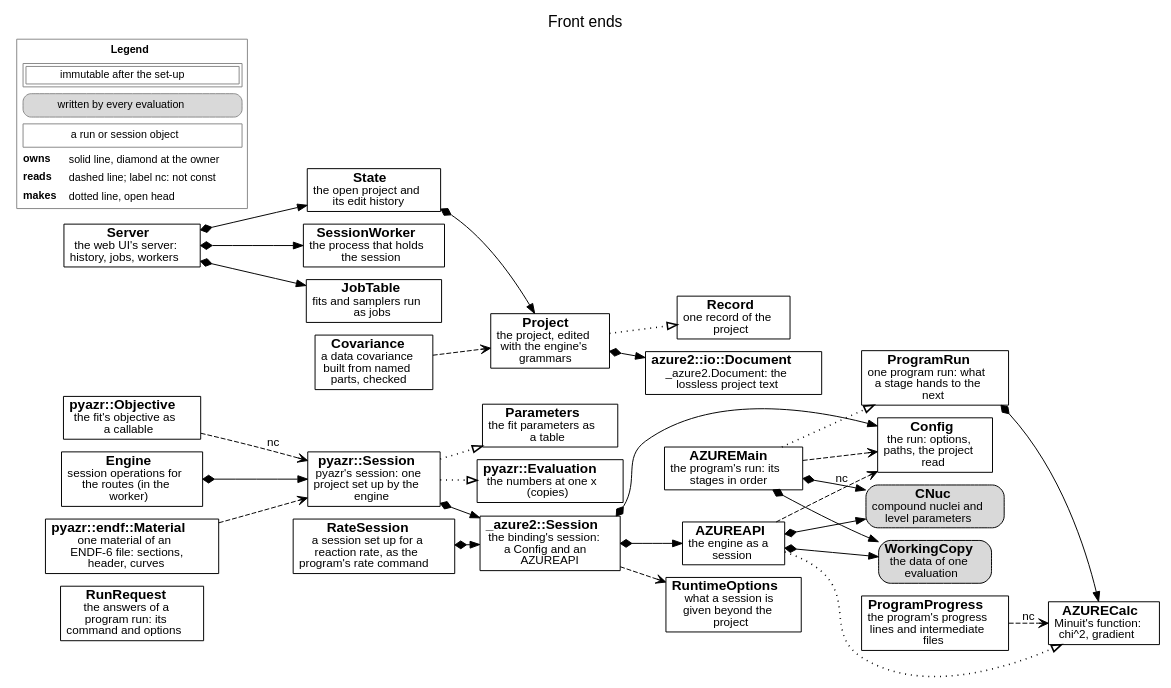
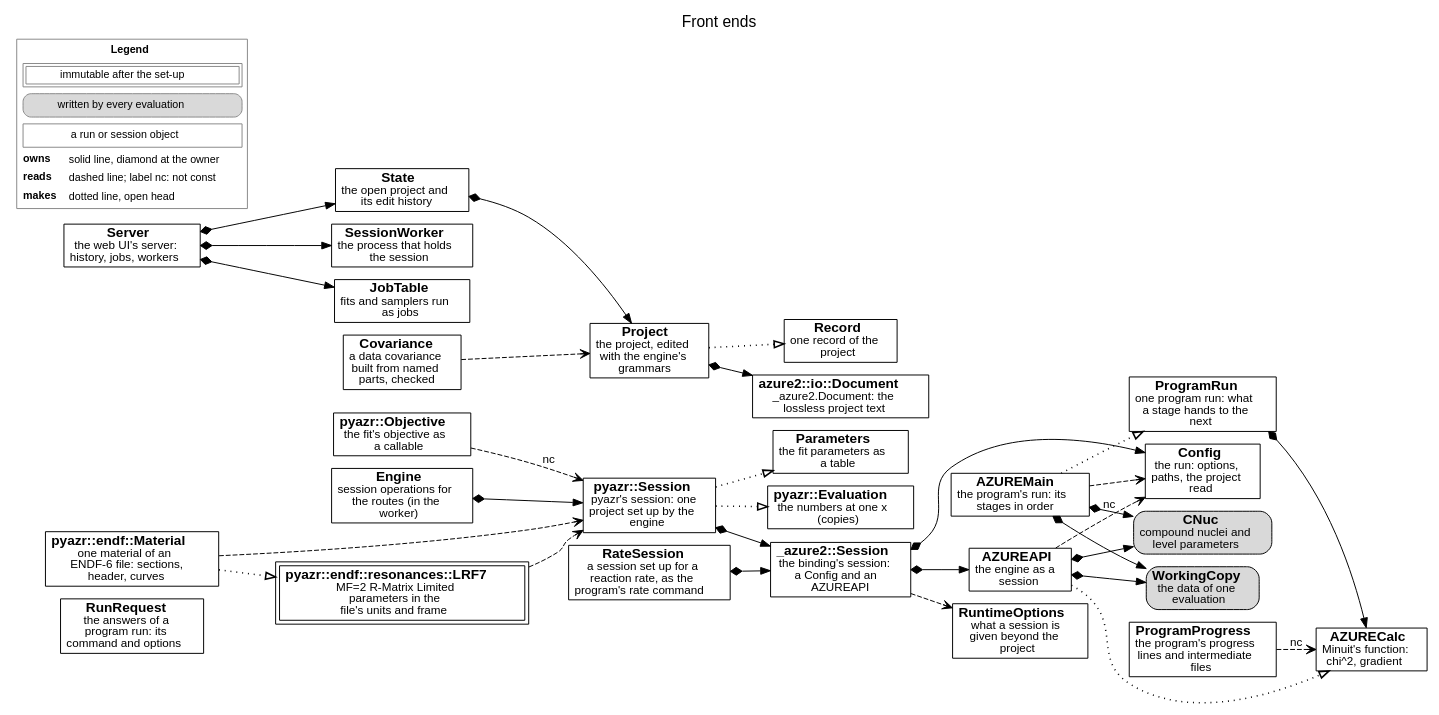
One commit to AZURE2DEV/AZURE2 changed the diagram in docs/source/developer/figures/frontends.dot. Above: the diagram before and after it, drawn with Graphviz. The commit also changed 27 other files, not shown here.

```diff
--- a/docs/source/developer/figures/frontends.dot
+++ b/docs/source/developer/figures/frontends.dot
@@ -1,59 +1,62 @@
 digraph frontends {
   graph [rankdir=LR, fontname="Helvetica", fontsize=16, labelloc=t, label="Front ends", nodesep=0.18, ranksep=0.3, newrank=true];
   node [fontname="Helvetica", fontsize=14, margin="0.08,0.04"];
   edge [fontname="Helvetica", fontsize=12];
   n_RunRequest [label=<<b>RunRequest</b><br/><font point-size="12">the answers of a<br/>program run: its<br/>command and options</font>>, shape=box, style="filled", fillcolor="white"];
   n_AZUREMain [label=<<b>AZUREMain</b><br/><font point-size="12">the program&#x27;s run: its<br/>stages in order</font>>, shape=box, style="filled", fillcolor="white"];
   n_Config [label=<<b>Config</b><br/><font point-size="12">the run: options,<br/>paths, the project<br/>read</font>>, shape=box, style="filled", fillcolor="white"];
   n_CNuc [label=<<b>CNuc</b><br/><font point-size="12">compound nuclei and<br/>level parameters</font>>, shape=box, style="rounded,filled", fillcolor="#d9d9d9"];
   n_WorkingCopy [label=<<b>WorkingCopy</b><br/><font point-size="12">the data of one<br/>evaluation</font>>, shape=box, style="rounded,filled", fillcolor="#d9d9d9"];
   n_AZURECalc [label=<<b>AZURECalc</b><br/><font point-size="12">Minuit&#x27;s function:<br/>chi^2, gradient</font>>, shape=box, style="filled", fillcolor="white"];
   n_ProgramRun [label=<<b>ProgramRun</b><br/><font point-size="12">one program run: what<br/>a stage hands to the<br/>next</font>>, shape=box, style="filled", fillcolor="white"];
   n_ProgramProgress [label=<<b>ProgramProgress</b><br/><font point-size="12">the program&#x27;s progress<br/>lines and intermediate<br/>files</font>>, shape=box, style="filled", fillcolor="white"];
   n_AZUREAPI [label=<<b>AZUREAPI</b><br/><font point-size="12">the engine as a<br/>session</font>>, shape=box, style="filled", fillcolor="white"];
   n__azure2__Session [label=<<b>_azure2::Session</b><br/><font point-size="12">the binding&#x27;s session:<br/>a Config and an<br/>AZUREAPI</font>>, shape=box, style="filled", fillcolor="white"];
   n_RuntimeOptions [label=<<b>RuntimeOptions</b><br/><font point-size="12">what a session is<br/>given beyond the<br/>project</font>>, shape=box, style="filled", fillcolor="white"];
   n_pyazr__Session [label=<<b>pyazr::Session</b><br/><font point-size="12">pyazr&#x27;s session: one<br/>project set up by the<br/>engine</font>>, shape=box, style="filled", fillcolor="white"];
   n_pyazr__Objective [label=<<b>pyazr::Objective</b><br/><font point-size="12">the fit&#x27;s objective as<br/>a callable</font>>, shape=box, style="filled", fillcolor="white"];
   n_pyazr__Evaluation [label=<<b>pyazr::Evaluation</b><br/><font point-size="12">the numbers at one x<br/>(copies)</font>>, shape=box, style="filled", fillcolor="white"];
   n_Parameters [label=<<b>Parameters</b><br/><font point-size="12">the fit parameters as<br/>a table</font>>, shape=box, style="filled", fillcolor="white"];
   n_Project [label=<<b>Project</b><br/><font point-size="12">the project, edited<br/>with the engine&#x27;s<br/>grammars</font>>, shape=box, style="filled", fillcolor="white"];
   n_Record [label=<<b>Record</b><br/><font point-size="12">one record of the<br/>project</font>>, shape=box, style="filled", fillcolor="white"];
   n_azure2__io__Document [label=<<b>azure2::io::Document</b><br/><font point-size="12">_azure2.Document: the<br/>lossless project text</font>>, shape=box, style="filled", fillcolor="white"];
   n_Server [label=<<b>Server</b><br/><font point-size="12">the web UI&#x27;s server:<br/>history, jobs, workers</font>>, shape=box, style="filled", fillcolor="white"];
   n_State [label=<<b>State</b><br/><font point-size="12">the open project and<br/>its edit history</font>>, shape=box, style="filled", fillcolor="white"];
   n_SessionWorker [label=<<b>SessionWorker</b><br/><font point-size="12">the process that holds<br/>the session</font>>, shape=box, style="filled", fillcolor="white"];
   n_Engine [label=<<b>Engine</b><br/><font point-size="12">session operations for<br/>the routes (in the<br/>worker)</font>>, shape=box, style="filled", fillcolor="white"];
   n_JobTable [label=<<b>JobTable</b><br/><font point-size="12">fits and samplers run<br/>as jobs</font>>, shape=box, style="filled", fillcolor="white"];
   n_pyazr__endf__Material [label=<<b>pyazr::endf::Material</b><br/><font point-size="12">one material of an<br/>ENDF-6 file: sections,<br/>header, curves</font>>, shape=box, style="filled", fillcolor="white"];
+  n_pyazr__endf__resonances__LRF7 [label=<<b>pyazr::endf::resonances::LRF7</b><br/><font point-size="12">MF=2 R-Matrix Limited<br/>parameters in the<br/>file&#x27;s units and frame</font>>, shape=box, peripheries=2, style="filled", fillcolor="white"];
   n_RateSession [label=<<b>RateSession</b><br/><font point-size="12">a session set up for a<br/>reaction rate, as the<br/>program&#x27;s rate command</font>>, shape=box, style="filled", fillcolor="white"];
   n_Covariance [label=<<b>Covariance</b><br/><font point-size="12">a data covariance<br/>built from named<br/>parts, checked</font>>, shape=box, style="filled", fillcolor="white"];
   n_AZUREMain -> n_Config [style=dashed, arrowhead=vee];
   n_AZUREMain -> n_CNuc [style=solid, dir=both, arrowtail=diamond, arrowhead=normal];
   n_AZUREMain -> n_WorkingCopy [style=solid, dir=both, arrowtail=diamond, arrowhead=normal];
   n_AZUREMain -> n_ProgramRun [style=dotted, penwidth=1.6, arrowhead=empty];
   n_ProgramRun -> n_AZURECalc [style=solid, dir=both, arrowtail=diamond, arrowhead=normal];
   n_ProgramProgress -> n_AZURECalc [style=dashed, arrowhead=vee, label=" nc"];
   n_AZUREAPI -> n_AZURECalc [style=dotted, penwidth=1.6, arrowhead=empty];
   n_AZUREAPI -> n_Config [style=dashed, arrowhead=vee, label=" nc"];
   n_AZUREAPI -> n_CNuc [style=solid, dir=both, arrowtail=diamond, arrowhead=normal];
   n_AZUREAPI -> n_WorkingCopy [style=solid, dir=both, arrowtail=diamond, arrowhead=normal];
   n__azure2__Session -> n_Config [style=solid, dir=both, arrowtail=diamond, arrowhead=normal];
   n__azure2__Session -> n_AZUREAPI [style=solid, dir=both, arrowtail=diamond, arrowhead=normal];
   n__azure2__Session -> n_RuntimeOptions [style=dashed, arrowhead=vee];
   n_pyazr__Session -> n__azure2__Session [style=solid, dir=both, arrowtail=diamond, arrowhead=normal];
   n_pyazr__Session -> n_Parameters [style=dotted, penwidth=1.6, arrowhead=empty];
   n_pyazr__Objective -> n_pyazr__Session [style=dashed, arrowhead=vee, label=" nc"];
   n_pyazr__Session -> n_pyazr__Evaluation [style=dotted, penwidth=1.6, arrowhead=empty];
   n_Project -> n_azure2__io__Document [style=solid, dir=both, arrowtail=diamond, arrowhead=normal];
   n_Project -> n_Record [style=dotted, penwidth=1.6, arrowhead=empty];
   n_State -> n_Project [style=solid, dir=both, arrowtail=diamond, arrowhead=normal];
   n_Server -> n_State [style=solid, dir=both, arrowtail=diamond, arrowhead=normal];
   n_Server -> n_SessionWorker [style=solid, dir=both, arrowtail=diamond, arrowhead=normal];
   n_Server -> n_JobTable [style=solid, dir=both, arrowtail=diamond, arrowhead=normal];
   n_Engine -> n_pyazr__Session [style=solid, dir=both, arrowtail=diamond, arrowhead=normal];
   n_RateSession -> n__azure2__Session [style=solid, dir=both, arrowtail=diamond, arrowhead=normal];
   n_Covariance -> n_Project [style=dashed, arrowhead=vee];
   n_pyazr__endf__Material -> n_pyazr__Session [style=dashed, arrowhead=vee];
+  n_pyazr__endf__Material -> n_pyazr__endf__resonances__LRF7 [style=dotted, penwidth=1.6, arrowhead=empty];
+  n_pyazr__endf__resonances__LRF7 -> n_pyazr__Session [style=dashed, arrowhead=vee];
   legend [shape=plaintext, fontsize=11, label=<<TABLE BORDER="1" CELLBORDER="0" CELLSPACING="3" COLOR="#888888"><TR><TD COLSPAN="2"><B>Legend</B></TD></TR><TR><TD COLSPAN="2"><TABLE BORDER="1" CELLBORDER="1" CELLSPACING="2" CELLPADDING="2"><TR><TD>immutable after the set-up</TD></TR></TABLE></TD></TR><TR><TD COLSPAN="2"><TABLE BORDER="1" CELLBORDER="0" CELLPADDING="3" STYLE="rounded" BGCOLOR="#d9d9d9"><TR><TD>written by every evaluation</TD></TR></TABLE></TD></TR><TR><TD COLSPAN="2"><TABLE BORDER="1" CELLBORDER="0" CELLPADDING="3" ><TR><TD>a run or session object</TD></TR></TABLE></TD></TR><TR><TD ALIGN="LEFT"><B>owns</B></TD><TD ALIGN="LEFT">solid line, diamond at the owner</TD></TR><TR><TD ALIGN="LEFT"><B>reads</B></TD><TD ALIGN="LEFT">dashed line; label nc: not const</TD></TR><TR><TD ALIGN="LEFT"><B>makes</B></TD><TD ALIGN="LEFT">dotted line, open head</TD></TR></TABLE>>];
 }
```
